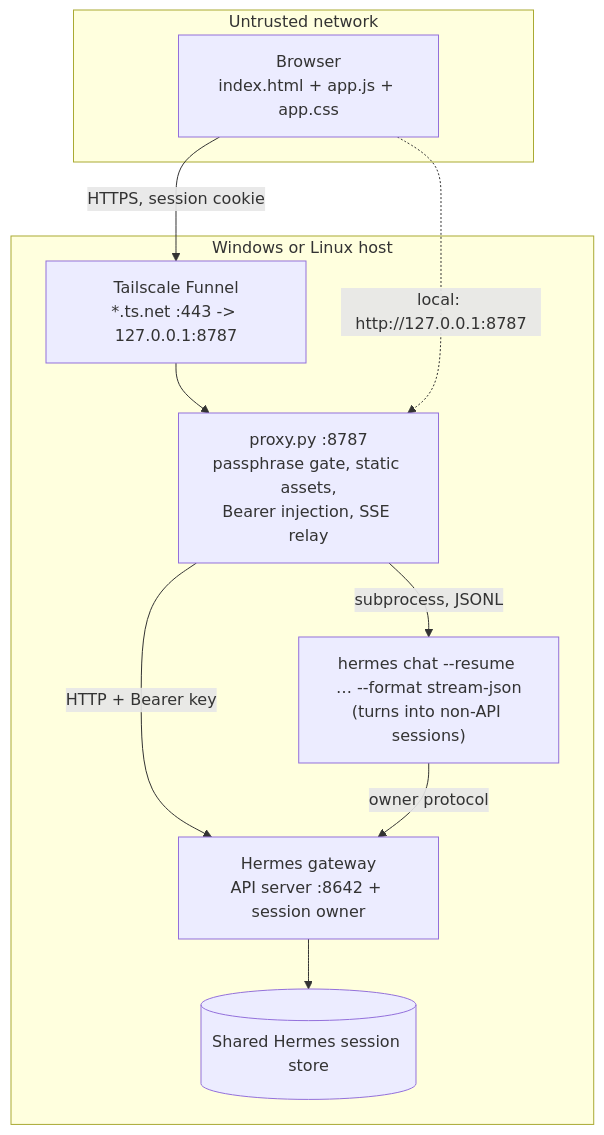
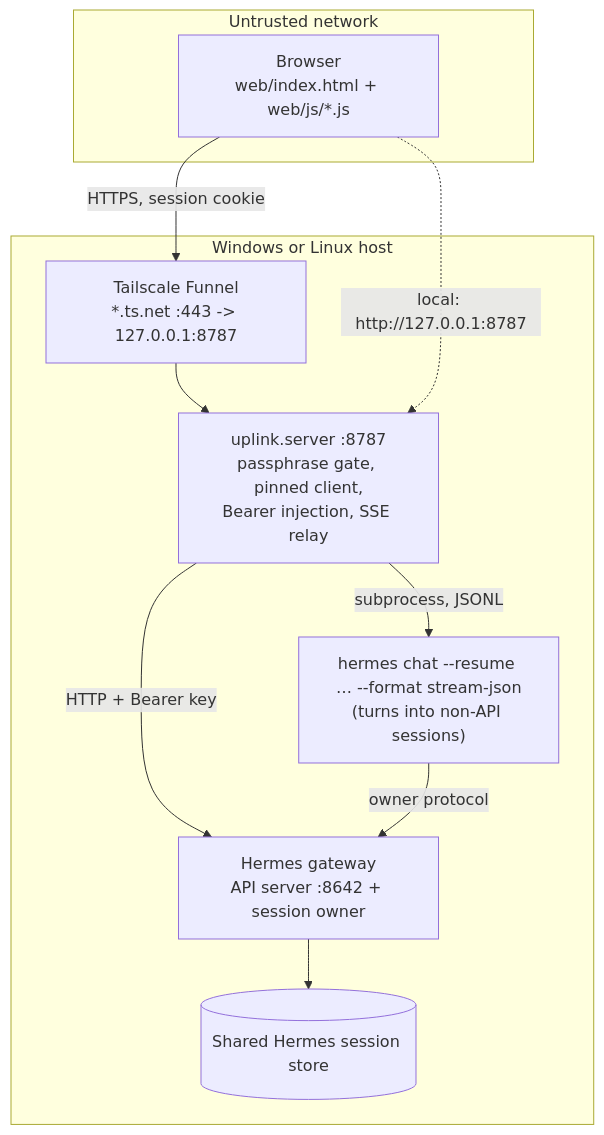
One commit to mr-september/hermes-uplink changed the first of 2 diagrams in ARCHITECTURE.md. Above: the diagram before and after it, drawn with Mermaid. The commit also changed other lines of this file and 41 other files, not shown here.

````diff
--- a/ARCHITECTURE.md
+++ b/ARCHITECTURE.md
@@ -15,17 +15,17 @@
 ```mermaid
 flowchart TB
     subgraph WAN["Untrusted network"]
-        EDGE["Browser<br/>index.html + app.js + app.css"]
+        EDGE["Browser<br/>web/index.html + web/js/*.js"]
     end
     subgraph HOST["Windows or Linux host"]
         TS["Tailscale Funnel<br/>*.ts.net :443 -> 127.0.0.1:8787"]
-        PROXY["proxy.py :8787<br/>passphrase gate, static assets,<br/>Bearer injection, SSE relay"]
+        PROXY["uplink.server :8787<br/>passphrase gate, pinned client,<br/>Bearer injection, SSE relay"]
         CLI["hermes chat --resume … --format stream-json<br/>(turns into non-API sessions)"]
         GW["Hermes gateway<br/>API server :8642 + session owner"]
         STORE[("Shared Hermes session store")]
     end
     EDGE -- "HTTPS, session cookie" --> TS --> PROXY
     EDGE -. "local: http://127.0.0.1:8787" .-> PROXY
     PROXY -- "HTTP + Bearer key" --> GW --> STORE
     PROXY -- "subprocess, JSONL" --> CLI -- "owner protocol" --> GW
 ```
````
